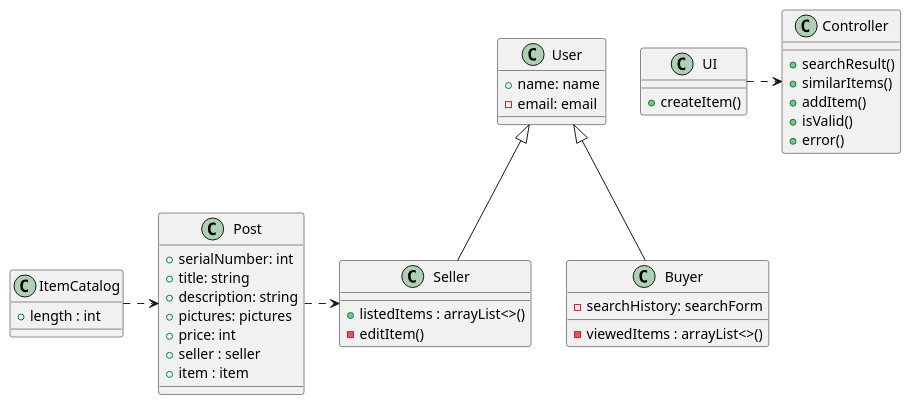
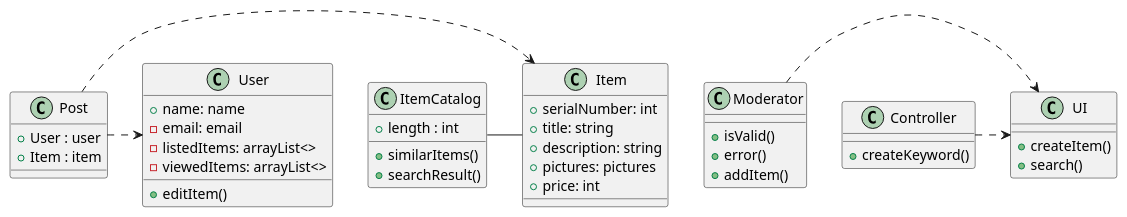
The first of 3 diagrams in IntelliJ/Phase2/design.md (remyben-creator/Marketplace-Application), drawn with PlantUML before and after one commit. The commit also changed other lines of this file, not shown here.

Commit message:
sequence and design class diagrams edited using provided feedback

````diff
--- a/IntelliJ/Phase2/design.md
+++ b/IntelliJ/Phase2/design.md
@@ -1,54 +1,50 @@
 ```plantuml
 class Post{
+ + User : user
+ + Item : item
+}
+
+class Item{
  + serialNumber: int
  + title: string
  + description: string
  + pictures: pictures
  + price: int
-}
+ }
+ 
 class User{
  + name: name
  - email: email
-}
-
-class Seller{
- + listedItems : arrayList<>()
- - editItem()
-}
-
-class Buyer{
- - searchHistory: searchForm
- - viewedItems : arrayList<>()
+ - listedItems: arrayList<>
+ - viewedItems: arrayList<>
+ + editItem()
 }
 
 class ItemCatalog {
  + length : int
+ + similarItems()
+ + searchResult()
+}
+
+class Moderator {
++ isValid()
++ error()
++ addItem()
 }
 
 class Controller {
-+ searchResult()
-+ similarItems()
-+ addItem()
-+ isValid()
-+ error()
++ createKeyword()
 }
 
 class UI { 
 + createItem()
-
++ search()
 }
 
-class Post {
-+ seller : seller
-+ item : item
-}
-User <|-- Seller
-User <|-- Buyer
-ItemCatalog .> Post
-Post .> Seller
-UI .> Controller
-
-
-
+Post .> User
+Post .> Item
+ItemCatalog - Item
+Moderator .> UI
+Controller .> UI
 
 ```
````
